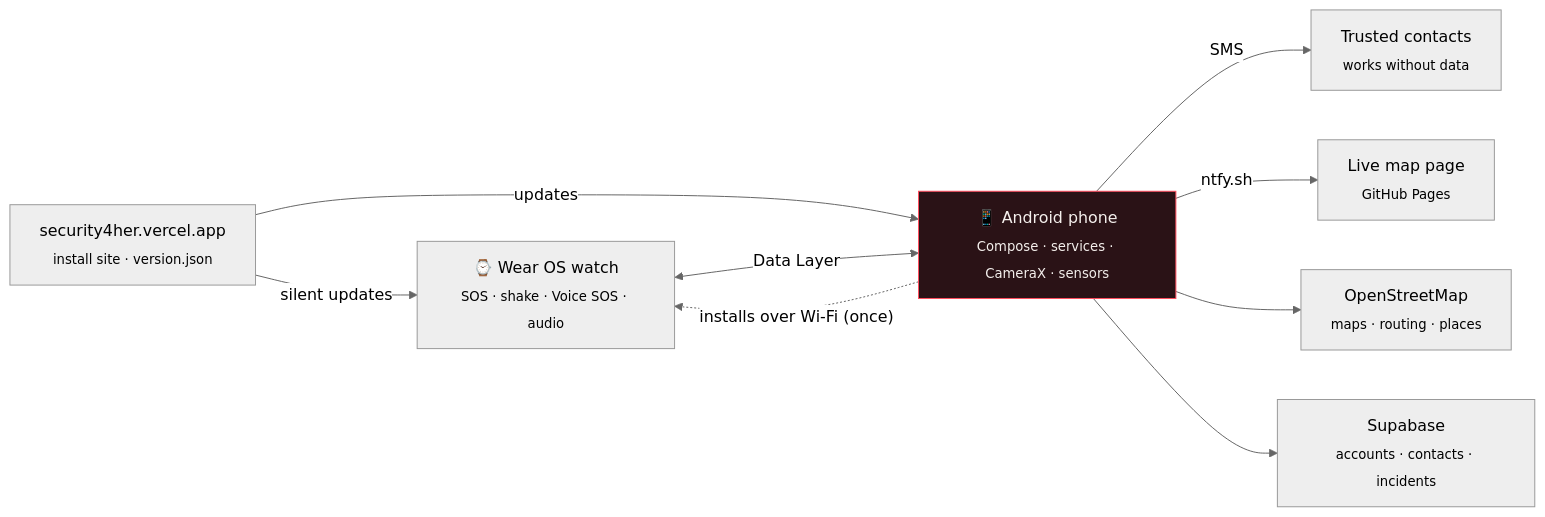
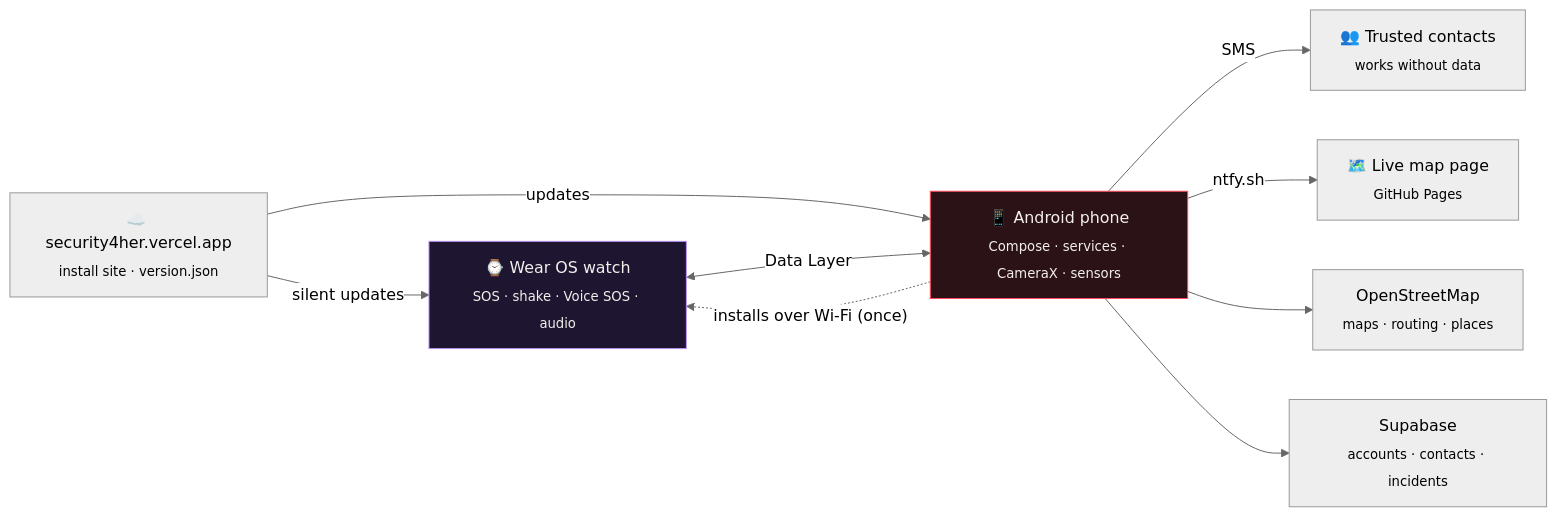
One commit to Sanskar-Dwivedi/Safe4Her changed the second of 2 diagrams in README.md. Above: the diagram before and after it, drawn with Mermaid (neutral theme). The commit also changed other lines of this file and 8 other files, not shown here.

First line of the commit message:
Polish the README with a showcase, tour and roadmap; show saved evidence after a restart

````diff
--- a/README.md
+++ b/README.md
@@ -108,12 +185,13 @@
 ```mermaid
 flowchart LR
     W["⌚ Wear OS watch<br/><sub>SOS · shake · Voice SOS · audio</sub>"] <-->|Data Layer| P["📱 Android phone<br/><sub>Compose · services · CameraX · sensors</sub>"]
     P -. "installs over Wi-Fi (once)" .-> W
-    P -->|SMS| S["Trusted contacts<br/><sub>works without data</sub>"]
-    P -->|ntfy.sh| L["Live map page<br/><sub>GitHub Pages</sub>"]
+    P -->|SMS| S["👥 Trusted contacts<br/><sub>works without data</sub>"]
+    P -->|ntfy.sh| L["🗺️ Live map page<br/><sub>GitHub Pages</sub>"]
     P --> O["OpenStreetMap<br/><sub>maps · routing · places</sub>"]
     P --> B["Supabase<br/><sub>accounts · contacts · incidents</sub>"]
-    U["security4her.vercel.app<br/><sub>install site · version.json</sub>"] -->|updates| P
+    U["☁️ security4her.vercel.app<br/><sub>install site · version.json</sub>"] -->|updates| P
     U -->|silent updates| W
     style P fill:#2A1216,stroke:#FF4D5E,color:#F4EFEC
+    style W fill:#1E1530,stroke:#B794F4,color:#F4EFEC
 ```
````
